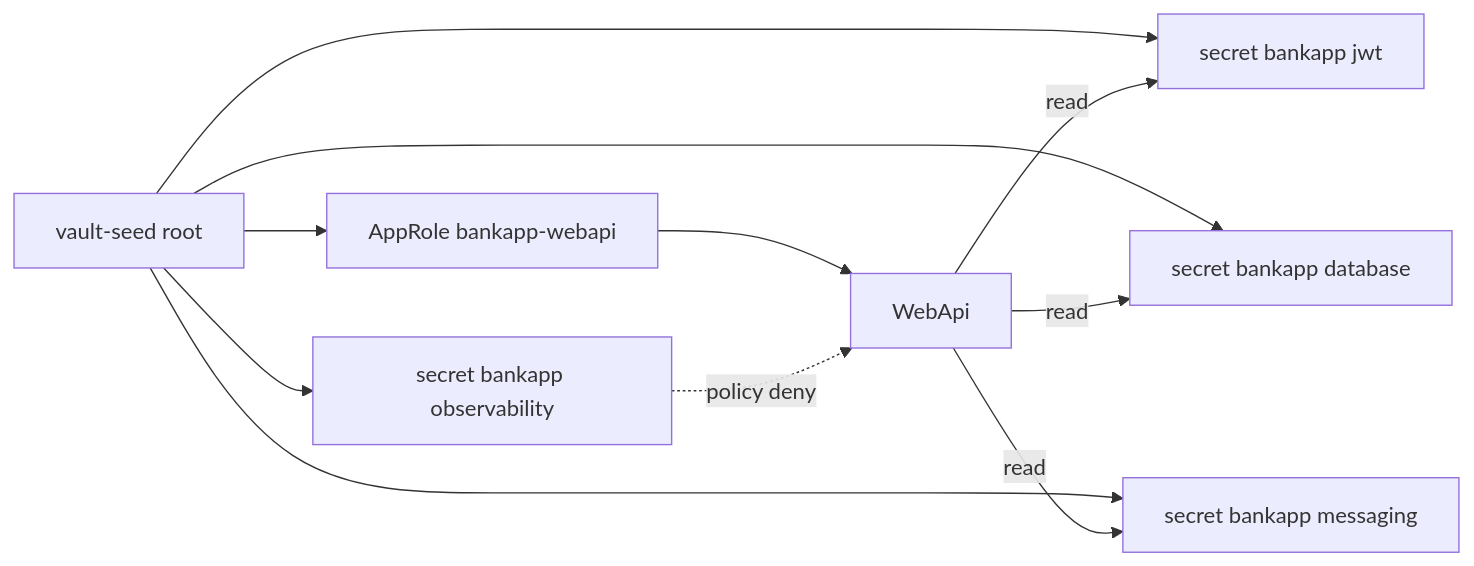
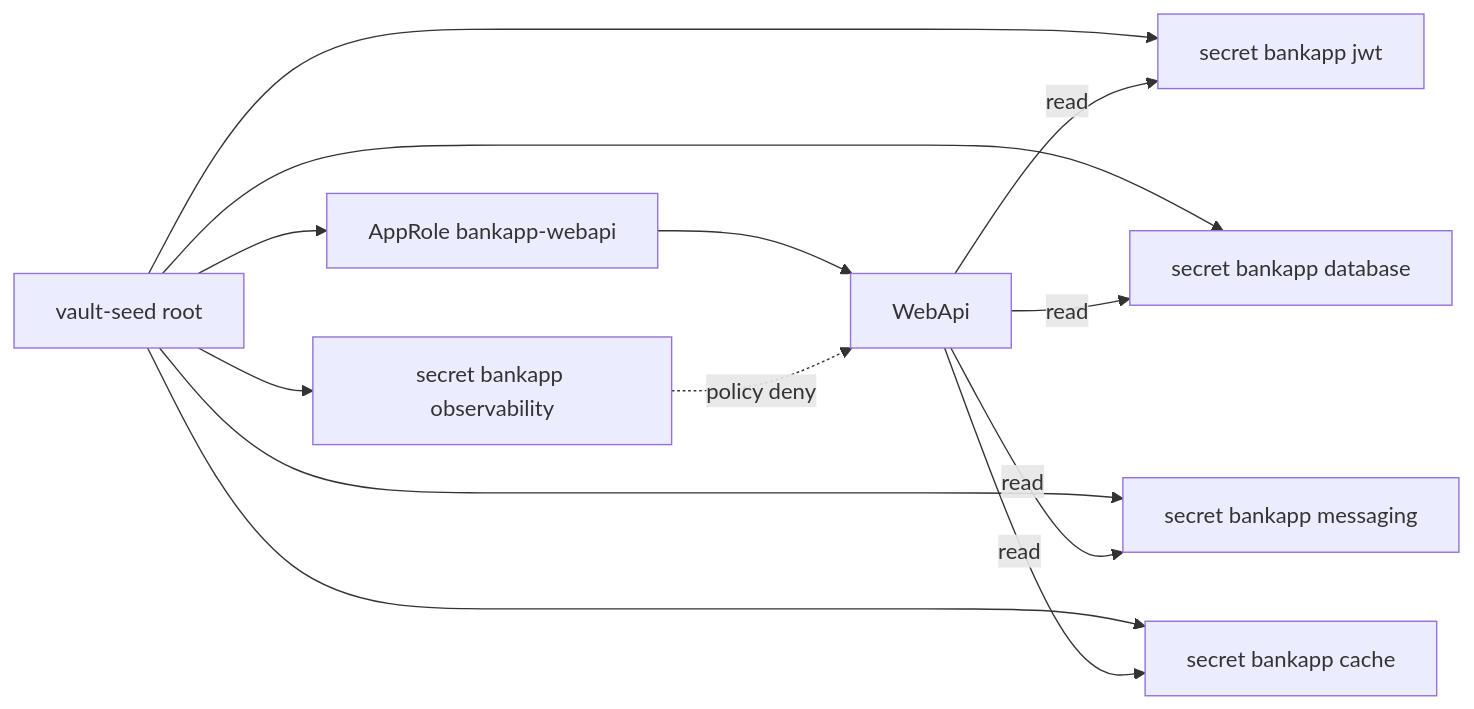
The first of 2 diagrams in docs/learning/tr/19-vault-lab.md (fdeniz07/BankApp), drawn with Mermaid before and after one commit. The commit also changed other lines of this file and 45 other files, not shown here.

````diff
--- a/docs/learning/tr/19-vault-lab.md
+++ b/docs/learning/tr/19-vault-lab.md
@@ -14,13 +14,15 @@
 ```mermaid
 flowchart LR
   seed["vault-seed root"] --> jwtPath["secret bankapp jwt"]
   seed --> dbPath["secret bankapp database"]
   seed --> mqPath["secret bankapp messaging"]
+  seed --> cachePath["secret bankapp cache"]
   seed --> obsPath["secret bankapp observability"]
   seed --> role["AppRole bankapp-webapi"]
   role --> api["WebApi"]
   api -->|"read"| jwtPath
   api -->|"read"| dbPath
   api -->|"read"| mqPath
+  api -->|"read"| cachePath
   obsPath -.->|"policy deny"| api
 ```
````
